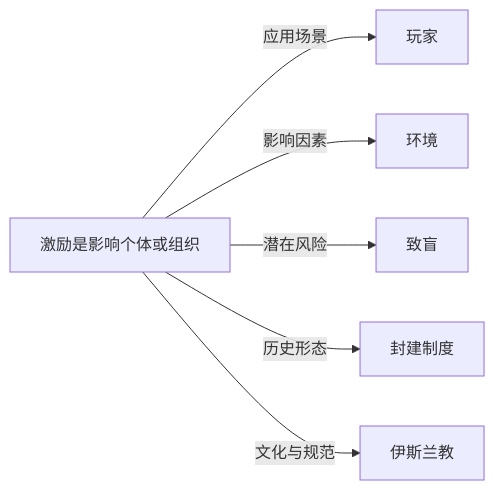
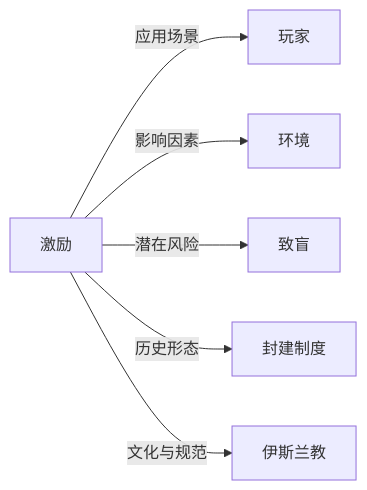
One commit to KIMMCHOW/MyKnowledge changed the diagram in Knowledge/Concepts/经济/激励.md. Above: the diagram before and after it, drawn with Mermaid. The commit also changed 96 other files, not shown here.

Commit message:
fix: 修复概念页关系图节点并补齐缺失关联

````diff
--- a/Knowledge/Concepts/经济/激励.md
+++ b/Knowledge/Concepts/经济/激励.md
@@ -44,8 +44,8 @@
 ```mermaid
 graph LR
-    激励是影响个体或组织 -->|应用场景| 玩家
-    激励是影响个体或组织 -->|影响因素| 环境
-    激励是影响个体或组织 -->|潜在风险| 致盲
-    激励是影响个体或组织 -->|历史形态| 封建制度
-    激励是影响个体或组织 -->|文化与规范| 伊斯兰教
+激励 -->|应用场景| 玩家
+激励 -->|影响因素| 环境
+激励 -->|潜在风险| 致盲
+激励 -->|历史形态| 封建制度
+激励 -->|文化与规范| 伊斯兰教
 ```
````
